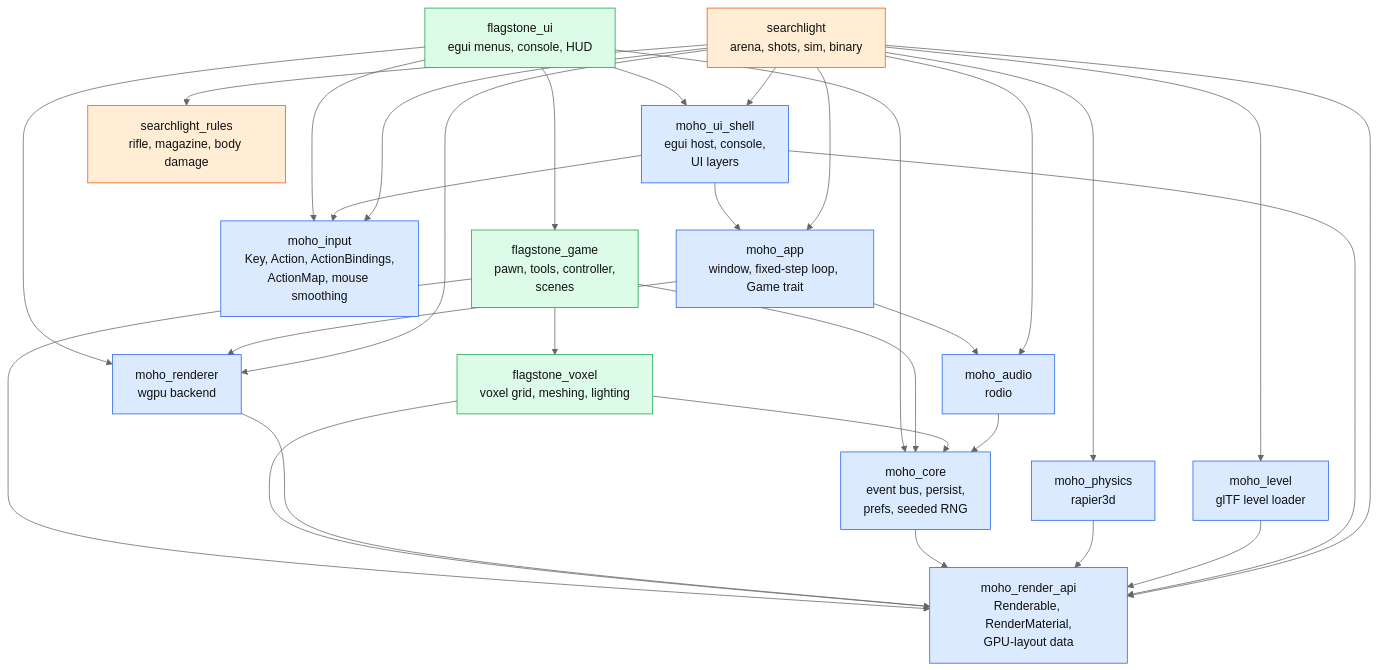
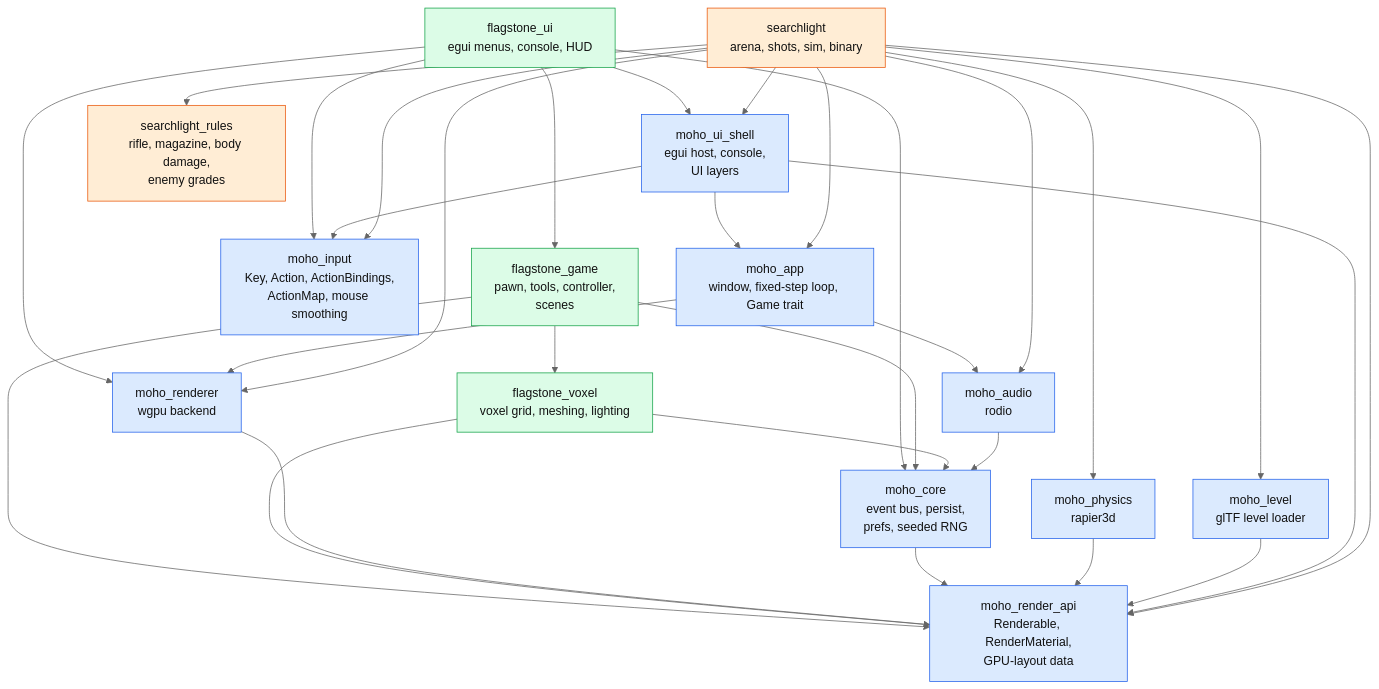
The first of 3 diagrams in wiki/architecture/overview.md (WrackedFella/moho), drawn with Mermaid (neutral theme) before and after one commit. The commit also changed other lines of this file and 2 other files, not shown here.

First line of the commit message:
fix(searchlight): a firing non-enemy is a broken invariant; docs name grades (FPS-F5-01)

````diff
--- a/wiki/architecture/overview.md
+++ b/wiki/architecture/overview.md
@@ -18,34 +18,34 @@
 ```mermaid
 flowchart TD
     ui["flagstone_ui<br/>egui menus, console, HUD"]:::strategy
     game["flagstone_game<br/>pawn, tools, controller,<br/>scenes"]:::strategy
     voxel["flagstone_voxel<br/>voxel grid, meshing, lighting"]:::strategy
 
     renderer["moho_renderer<br/>wgpu backend"]:::engine
     rapi["moho_render_api<br/>Renderable, RenderMaterial,<br/>GPU-layout data"]:::engine
     core["moho_core<br/>event bus, persist,<br/>prefs, seeded RNG"]:::engine
     audio["moho_audio<br/>rodio"]:::engine
     physics["moho_physics<br/>rapier3d"]:::engine
     input["moho_input<br/>Key, Action, ActionBindings,<br/>ActionMap, mouse smoothing"]:::engine
     app["moho_app<br/>window, fixed-step loop, Game trait"]:::engine
     level["moho_level<br/>glTF level loader"]:::engine
     shell["moho_ui_shell<br/>egui host, console,<br/>UI layers"]:::engine
-    fps["searchlight_rules<br/>rifle, magazine, body damage"]:::fps
+    fps["searchlight_rules<br/>rifle, magazine, body damage,<br/>enemy grades"]:::fps
     fpsgame["searchlight<br/>arena, shots, sim, binary"]:::fps
 
     ui --> renderer & input & core & game & shell
     game --> core & rapi & voxel
     voxel --> core & rapi
     renderer --> rapi
     app --> renderer & audio
     audio --> core
     core --> rapi
     physics --> rapi
     level --> rapi
     shell --> rapi & input & app
     fpsgame --> fps & app & physics & level & input & audio & renderer & rapi & shell
 
     classDef engine fill:#dbeafe,stroke:#2563eb,color:#111
     classDef strategy fill:#dcfce7,stroke:#16a34a,color:#111
     classDef fps fill:#ffedd5,stroke:#ea580c,color:#111
 ```
````
